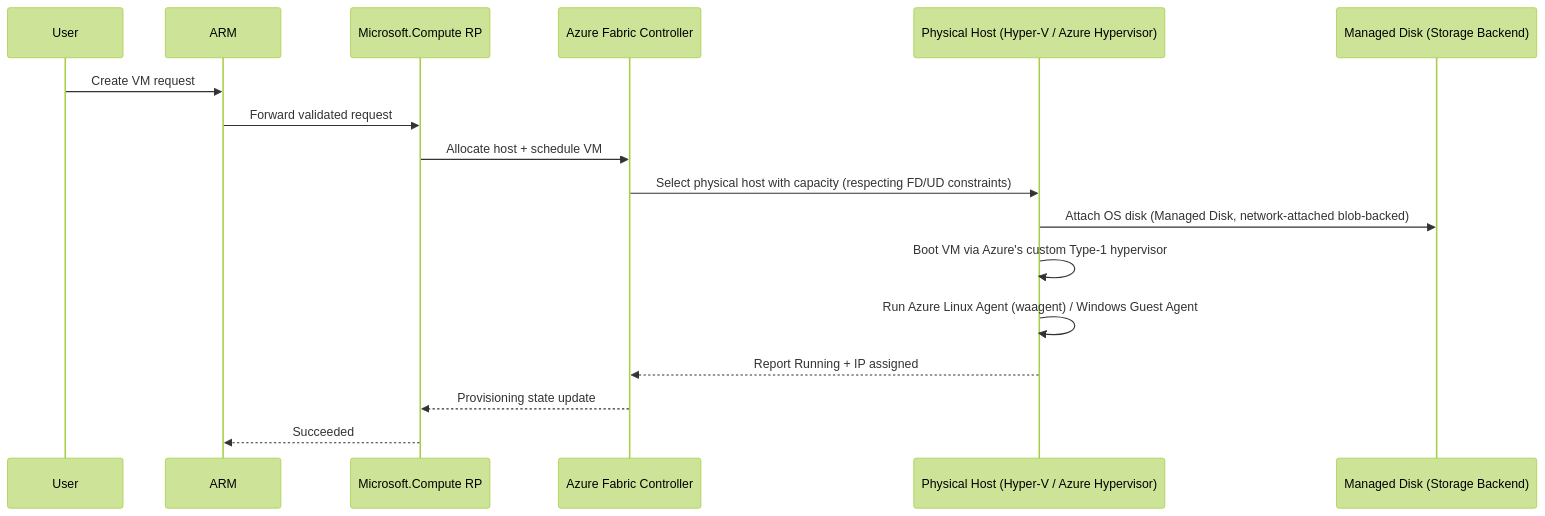
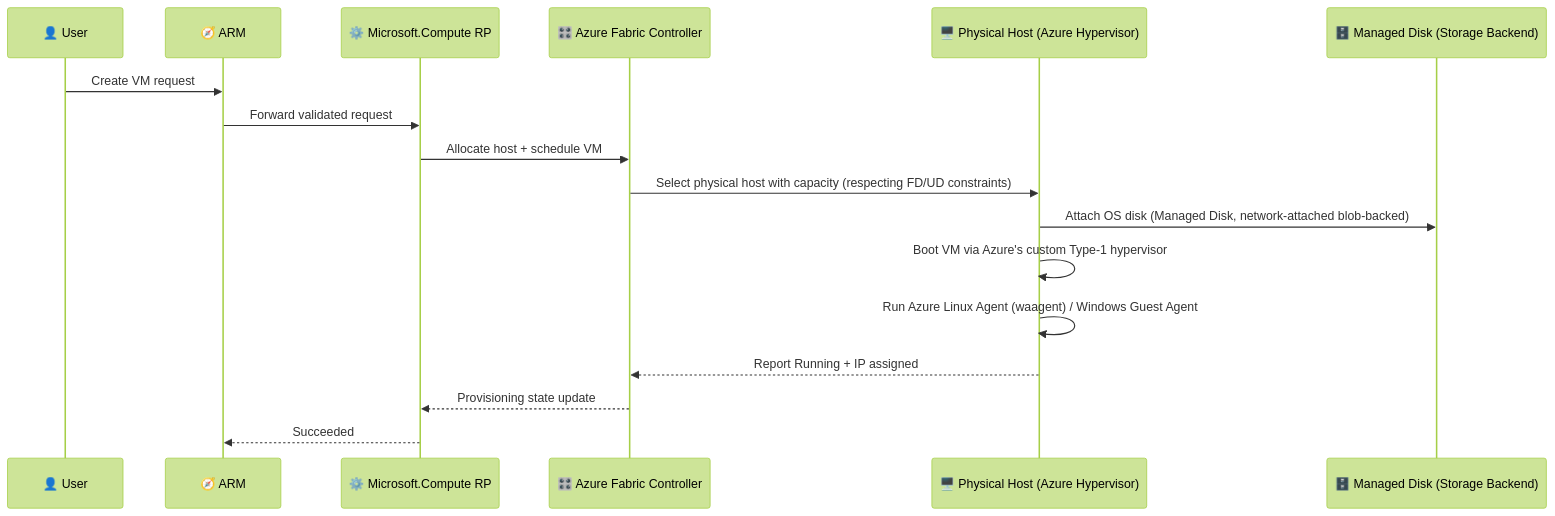
One commit to rakesh-budde/devops-guide changed the fourth of 6 diagrams in azure/04-COMPUTE-STORAGE.md. Above: the diagram before and after it, drawn with Mermaid (forest theme). The commit also changed other lines of this file and 73 other files, not shown here.

````diff
--- a/azure/04-COMPUTE-STORAGE.md
+++ b/azure/04-COMPUTE-STORAGE.md
@@ -11,20 +119,20 @@
 ```mermaid
 sequenceDiagram
-    participant User
-    participant ARM
-    participant ComputeRP as Microsoft.Compute RP
-    participant FabricController as Azure Fabric Controller
-    participant Host as Physical Host (Hyper-V / Azure Hypervisor)
-    participant Storage as Managed Disk (Storage Backend)
+    participant User as 👤 User
+    participant ARM as 🧭 ARM
+    participant ComputeRP as ⚙️ Microsoft.Compute RP
+    participant FabricController as 🎛️ Azure Fabric Controller
+    participant Host as 🖥️ Physical Host (Azure Hypervisor)
+    participant Storage as 🗄️ Managed Disk (Storage Backend)
 
     User->>ARM: Create VM request
     ARM->>ComputeRP: Forward validated request
     ComputeRP->>FabricController: Allocate host + schedule VM
     FabricController->>Host: Select physical host with capacity (respecting FD/UD constraints)
     Host->>Storage: Attach OS disk (Managed Disk, network-attached blob-backed)
     Host->>Host: Boot VM via Azure's custom Type-1 hypervisor
     Host->>Host: Run Azure Linux Agent (waagent) / Windows Guest Agent
     Host-->>FabricController: Report Running + IP assigned
     FabricController-->>ComputeRP: Provisioning state update
     ComputeRP-->>ARM: Succeeded
 ```
````
